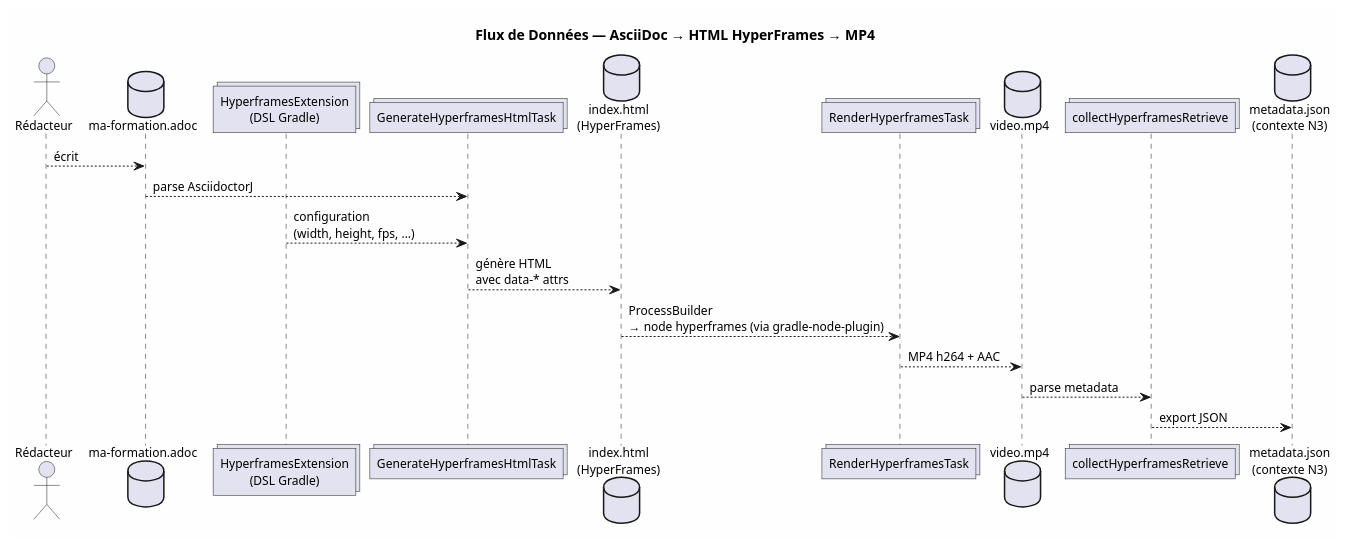
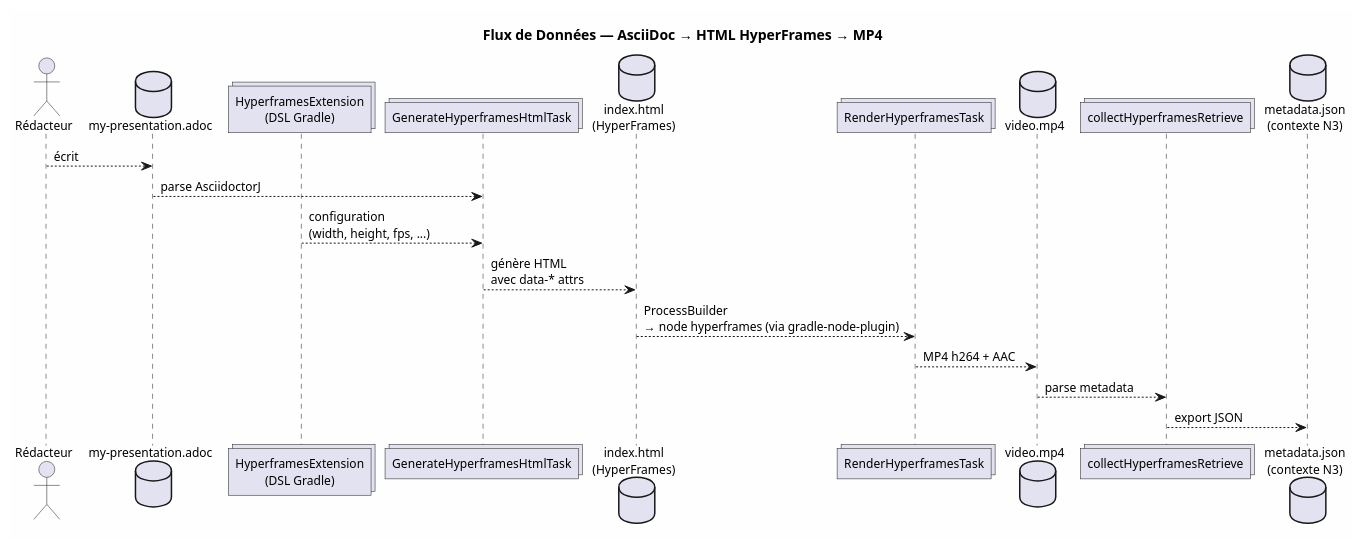
The third of 3 diagrams in hyperframes-plugin/doc/HYPERFRAMES_ARCHITECTURE.adoc (cccp-education/hyperframes-gradle), drawn with PlantUML before and after one commit. The commit also changed other lines of this file and 9 other files, not shown here.

```diff
--- a/hyperframes-plugin/doc/HYPERFRAMES_ARCHITECTURE.adoc
+++ b/hyperframes-plugin/doc/HYPERFRAMES_ARCHITECTURE.adoc
@@ -146,28 +146,28 @@
 [plantuml,target="data-flow",format="svg"]
 ----
 @startuml
 skinparam backgroundColor #FEFEFE
 skinparam defaultFontSize 12
 
 title Flux de Données — AsciiDoc → HTML HyperFrames → MP4
 
 actor "Rédacteur" as author
-database "ma-formation.adoc" as source
+database "my-presentation.adoc" as source
 collections "HyperframesExtension\n(DSL Gradle)" as dsl
 collections "GenerateHyperframesHtmlTask" as genHtml
 database "index.html\n(HyperFrames)" as html
 collections "RenderHyperframesTask" as render
 database "video.mp4" as mp4
 collections "collectHyperframesRetrieve" as collect
 database "metadata.json\n(contexte N3)" as metadata
 
 author --> source : écrit
 source --> genHtml : parse AsciidoctorJ
 dsl --> genHtml : configuration\n(width, height, fps, ...)
 genHtml --> html : génère HTML\navec data-* attrs
 html --> render : ProcessBuilder\n→ node hyperframes (via gradle-node-plugin)
 render --> mp4 : MP4 h264 + AAC
 mp4 --> collect : parse metadata
 collect --> metadata : export JSON
 @enduml
 ----
```
